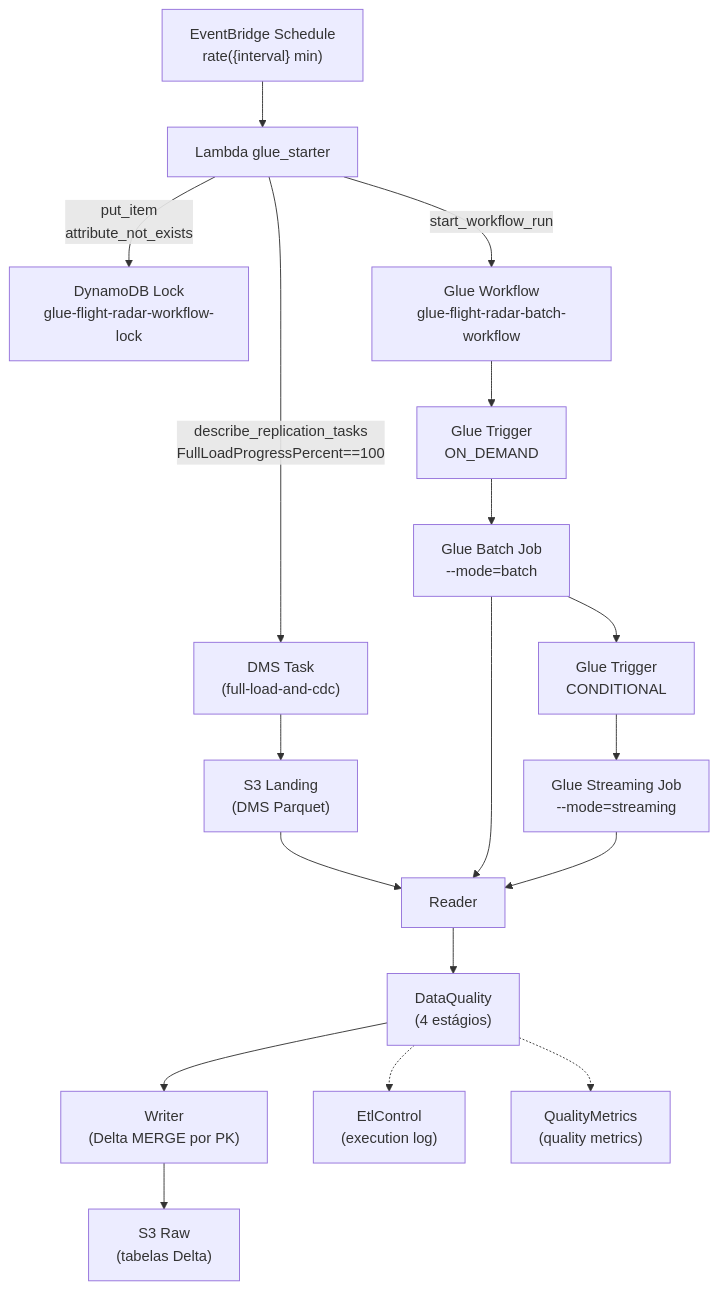
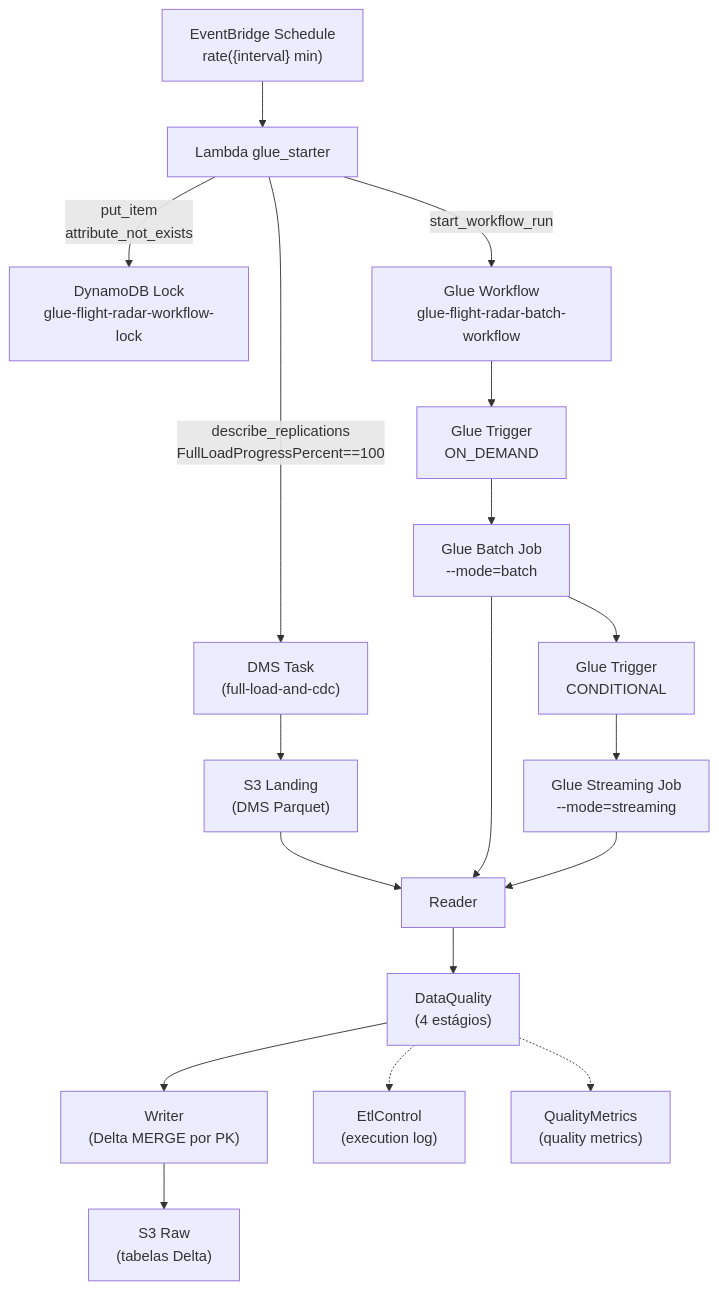
Before and after one commit to jamilvilela/aws-streaming-flight-radar-glue: the diagram in docs-sdd/skill.md, drawn with Mermaid. The commit also changed 8 other files, not shown here.

Commit message:
feat: update DMS task references to use Serverless replication config and adjust related documentation

````diff
--- a/docs-sdd/skill.md
+++ b/docs-sdd/skill.md
@@ -29,37 +29,37 @@
 ```mermaid
 flowchart TD
     DMS["DMS Task<br/>(full-load-and-cdc)"]
     LAND["S3 Landing<br/>(DMS Parquet)"]
     SCHED["EventBridge Schedule<br/>rate({interval} min)"]
     LAMBDA["Lambda glue_starter"]
     LOCK["DynamoDB Lock<br/>glue-flight-radar-workflow-lock"]
     WF["Glue Workflow<br/>glue-flight-radar-batch-workflow"]
     ON_DEMAND["Glue Trigger<br/>ON_DEMAND"]
     BATCH["Glue Batch Job<br/>--mode=batch"]
     TRIG["Glue Trigger<br/>CONDITIONAL"]
     STREAM["Glue Streaming Job<br/>--mode=streaming"]
     READER["Reader"]
     DQ["DataQuality<br/>(4 estágios)"]
     WRITER["Writer<br/>(Delta MERGE por PK)"]
     RAW["S3 Raw<br/>(tabelas Delta)"]
     ETL["EtlControl<br/>(execution log)"]
     QM["QualityMetrics<br/>(quality metrics)"]
 
     DMS --> LAND
     SCHED --> LAMBDA
-    LAMBDA -->|describe_replication_tasks<br/>FullLoadProgressPercent==100| DMS
+    LAMBDA -->|describe_replications<br/>FullLoadProgressPercent==100| DMS
     LAMBDA -->|put_item<br/>attribute_not_exists| LOCK
     LAMBDA -->|start_workflow_run| WF
     WF --> ON_DEMAND
     ON_DEMAND --> BATCH
     BATCH --> TRIG
     TRIG --> STREAM
     LAND --> READER
     BATCH --> READER
     STREAM --> READER
     READER --> DQ
     DQ --> WRITER
     WRITER --> RAW
     DQ -.-> ETL
     DQ -.-> QM
 ```
````
